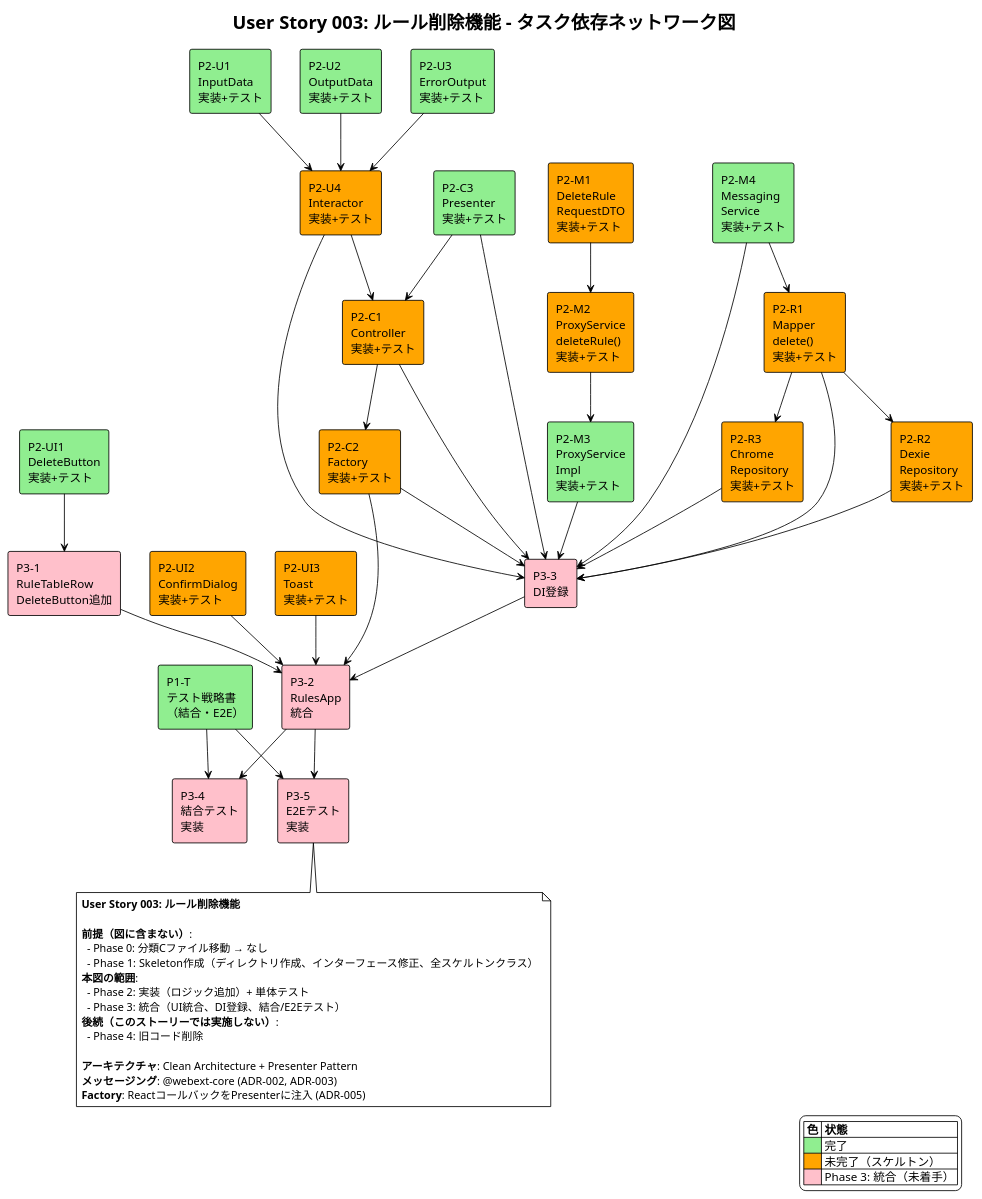
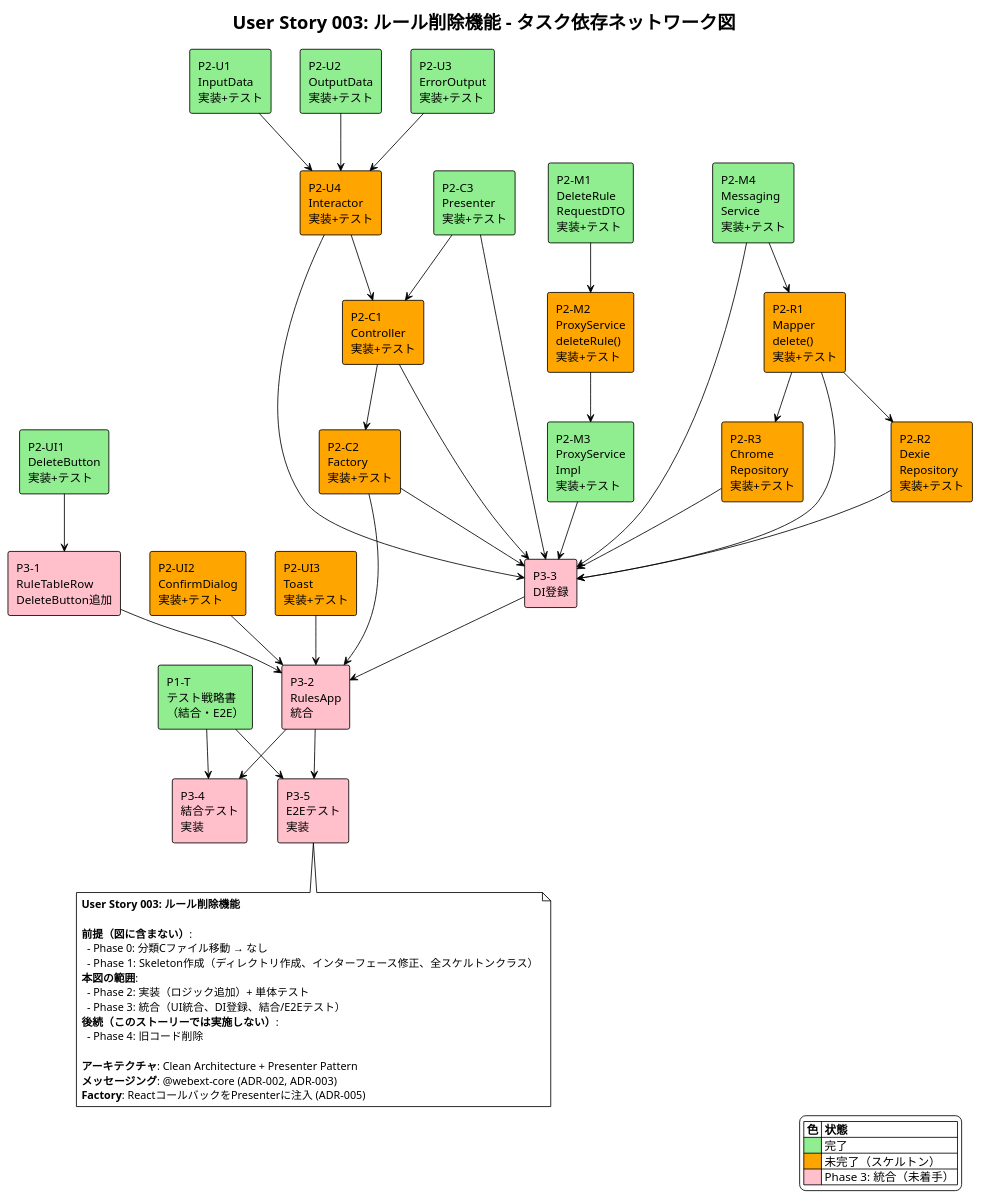
The diagram in docs/user-stories/user-story-003/network-diagram.puml (akAredminEogre/frog-frame-front), drawn with PlantUML before and after one commit. The commit also changed 1 other file, not shown here.

Commit message:
docs(user-story-003): mark P2-M1 (RequestDTO) as complete
DeleteRuleRequestDTO is a TypeScript interface - test strategy doc
explicitly states runtime tests are unnecessary (interface exists
only at compile time).

```diff
--- a/docs/user-stories/user-story-003/network-diagram.puml
+++ b/docs/user-stories/user-story-003/network-diagram.puml
@@ -1,103 +1,103 @@
 @startuml user-story-003-network-diagram
 !theme plain
 title User Story 003: ルール削除機能 - タスク依存ネットワーク図
 
 ' Phase 1: テスト戦略書
 rectangle "P1-T\nテスト戦略書\n（結合・E2E）" as testStrategy #lightgreen
 
 ' Phase 2: 実装 - メッセージング
-rectangle "P2-M1\nDeleteRule\nRequestDTO\n実装+テスト" as requestDtoImpl #orange
+rectangle "P2-M1\nDeleteRule\nRequestDTO\n実装+テスト" as requestDtoImpl #lightgreen
 rectangle "P2-M2\nProxyService\ndeleteRule()\n実装+テスト" as proxyImpl #orange
 rectangle "P2-M3\nProxyService\nImpl\n実装+テスト" as proxyImplImpl #lightgreen
 rectangle "P2-M4\nMessaging\nService\n実装+テスト" as msgImpl #lightgreen
 
 ' Phase 2: 実装 - Mapper/Repository
 rectangle "P2-R1\nMapper\ndelete()\n実装+テスト" as mapperImpl #orange
 rectangle "P2-R2\nDexie\nRepository\n実装+テスト" as dexieImpl #orange
 rectangle "P2-R3\nChrome\nRepository\n実装+テスト" as chromeImpl #orange
 
 ' Phase 2: 実装 - UseCase
 rectangle "P2-U1\nInputData\n実装+テスト" as inputImpl #lightgreen
 rectangle "P2-U2\nOutputData\n実装+テスト" as outputImpl #lightgreen
 rectangle "P2-U3\nErrorOutput\n実装+テスト" as errorImpl #lightgreen
 rectangle "P2-U4\nInteractor\n実装+テスト" as interactorImpl #orange
 
 ' Phase 2: 実装 - Controller/Presenter
 rectangle "P2-C1\nController\n実装+テスト" as controllerImpl #orange
 rectangle "P2-C2\nFactory\n実装+テスト" as factoryImpl #orange
 rectangle "P2-C3\nPresenter\n実装+テスト" as presenterImpl #lightgreen
 
 ' Phase 2: 実装 - UI
 rectangle "P2-UI1\nDeleteButton\n実装+テスト" as deleteBtnImpl #lightgreen
 rectangle "P2-UI2\nConfirmDialog\n実装+テスト" as confirmImpl #orange
 rectangle "P2-UI3\nToast\n実装+テスト" as toastImpl #orange
 
 ' Phase 3: 統合
 rectangle "P3-1\nRuleTableRow\nDeleteButton追加" as tableRowInteg #pink
 rectangle "P3-2\nRulesApp\n統合" as rulesAppInteg #pink
 rectangle "P3-3\nDI登録" as diReg #pink
 rectangle "P3-4\n結合テスト\n実装" as integrationTest #pink
 rectangle "P3-5\nE2Eテスト\n実装" as e2eTest #pink
 
 ' 依存関係: Phase 2 内部
 requestDtoImpl --> proxyImpl
 proxyImpl --> proxyImplImpl
 msgImpl --> mapperImpl
 mapperImpl --> dexieImpl
 mapperImpl --> chromeImpl
 inputImpl --> interactorImpl
 outputImpl --> interactorImpl
 errorImpl --> interactorImpl
 interactorImpl --> controllerImpl
 presenterImpl --> controllerImpl
 controllerImpl --> factoryImpl
 
 ' 依存関係: Phase 2 → Phase 3
 deleteBtnImpl --> tableRowInteg
 tableRowInteg --> rulesAppInteg
 confirmImpl --> rulesAppInteg
 toastImpl --> rulesAppInteg
 factoryImpl --> rulesAppInteg
 controllerImpl --> diReg
 presenterImpl --> diReg
 factoryImpl --> diReg
 interactorImpl --> diReg
 proxyImplImpl --> diReg
 msgImpl --> diReg
 mapperImpl --> diReg
 dexieImpl --> diReg
 chromeImpl --> diReg
 diReg --> rulesAppInteg
 
 ' 依存関係: テスト
 testStrategy --> integrationTest
 testStrategy --> e2eTest
 rulesAppInteg --> integrationTest
 rulesAppInteg --> e2eTest
 
 ' 凡例
 legend right
   |= 色 |= 状態 |
   | <#lightgreen> | 完了 |
   | <#orange> | 未完了（スケルトン） |
   | <#pink> | Phase 3: 統合（未着手） |
 endlegend
 
 note bottom
 **User Story 003: ルール削除機能**
 
 **前提（図に含まない）**:
   - Phase 0: 分類Cファイル移動 → なし
   - Phase 1: Skeleton作成（ディレクトリ作成、インターフェース修正、全スケルトンクラス）
 **本図の範囲**:
   - Phase 2: 実装（ロジック追加）+ 単体テスト
   - Phase 3: 統合（UI統合、DI登録、結合/E2Eテスト）
 **後続（このストーリーでは実施しない）**:
   - Phase 4: 旧コード削除
 
 **アーキテクチャ**: Clean Architecture + Presenter Pattern
 **メッセージング**: @webext-core (ADR-002, ADR-003)
 **Factory**: ReactコールバックをPresenterに注入 (ADR-005)
 end note
 
 @enduml
```
